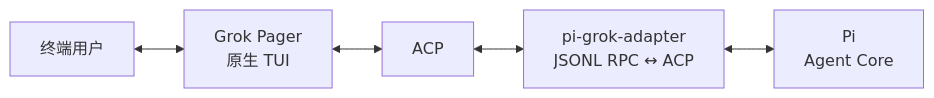
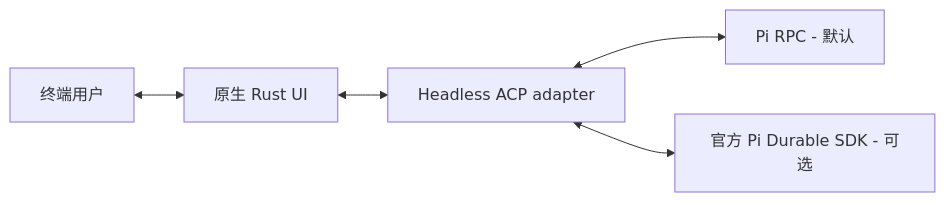
One commit to kyrosle/grok-pi-tui changed the diagram in docs/README.zh-CN.md. Above: the diagram before and after it, drawn with Mermaid. The commit also changed other lines of this file and 2 other files, not shown here.

````diff
--- a/docs/README.zh-CN.md
+++ b/docs/README.zh-CN.md
@@ -133,7 +155,7 @@
 ```mermaid
 flowchart LR
-    User[终端用户] <--> Pager[Grok Pager\n原生 TUI]
-    Pager <--> ACP[ACP]
-    ACP <--> Adapter[pi-grok-adapter\nJSONL RPC ↔ ACP]
-    Adapter <--> Pi[Pi\nAgent Core]
+    User[终端用户] <--> UI[原生 Rust UI]
+    UI <--> Adapter[Headless ACP adapter]
+    Adapter <--> RPC[Pi RPC - 默认]
+    Adapter <--> Durable[官方 Pi Durable SDK - 可选]
 ```
````
